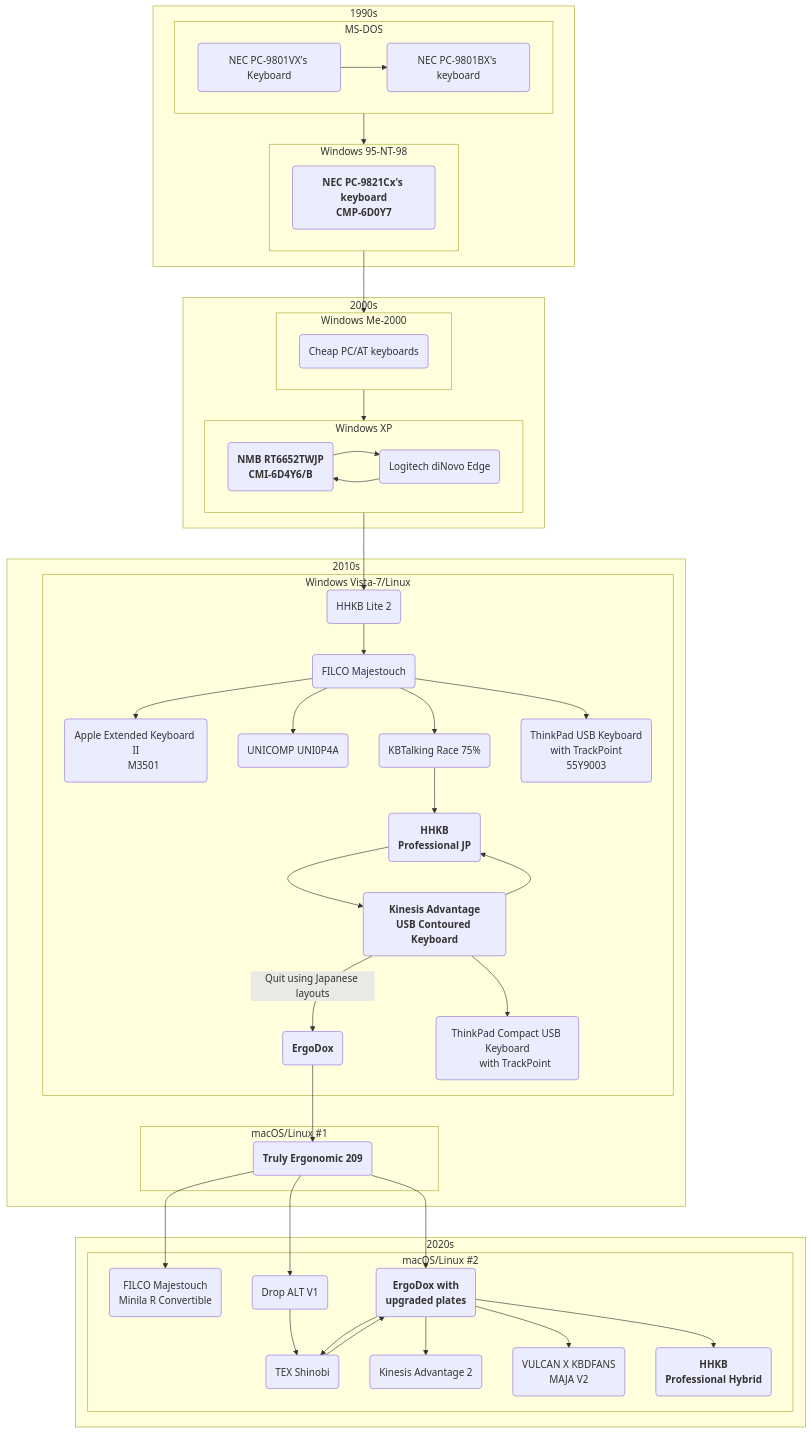
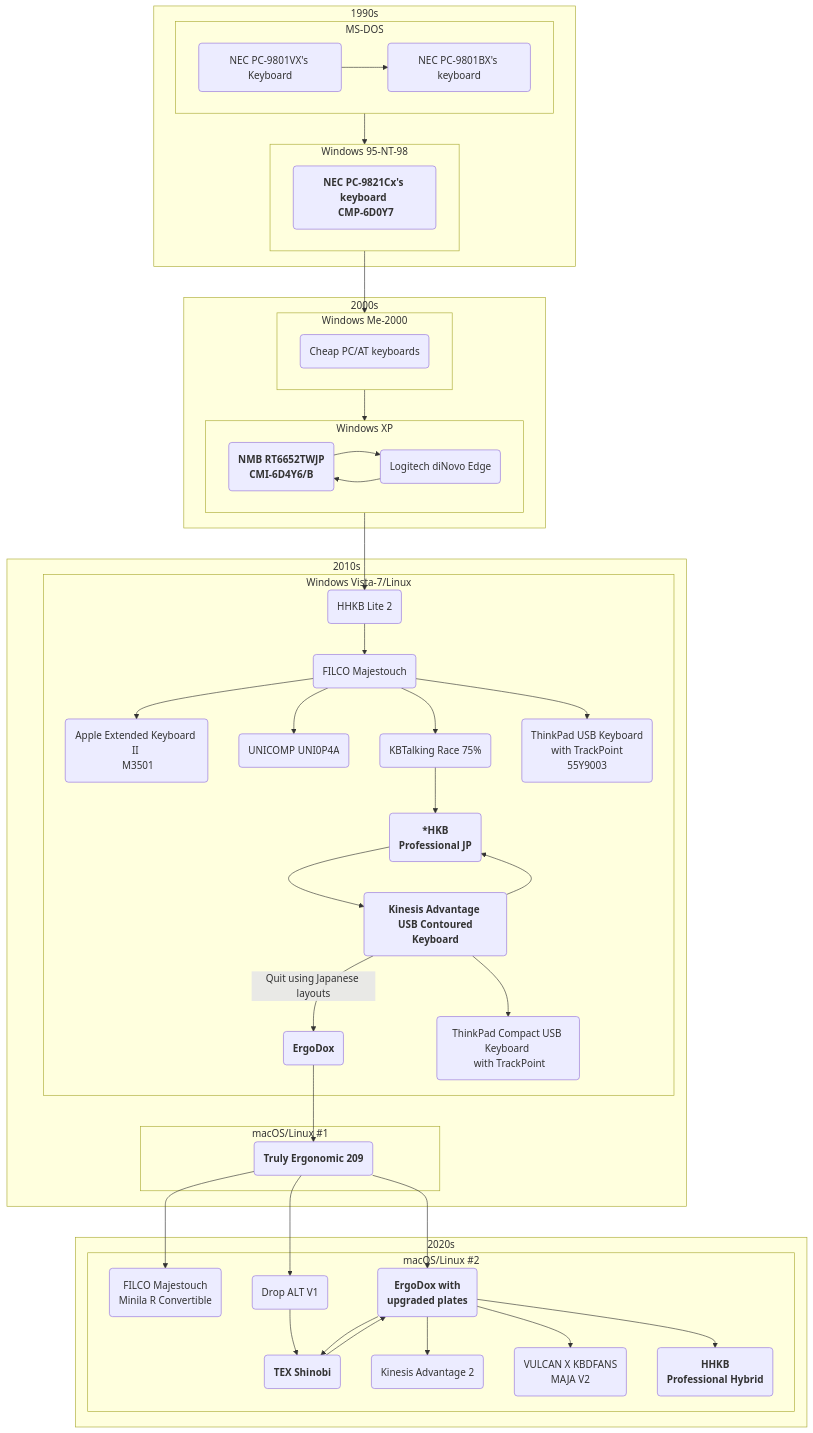
The diagram in hid.md (sumibi-yakitori/sumibi-yakitori), drawn with Mermaid before and after one commit.

````diff
--- a/hid.md
+++ b/hid.md
@@ -18,78 +18,66 @@
 ```mermaid
 flowchart TB
   subgraph 1990s
     subgraph MS-DOS
       direction LR
 
       pc9801vx(NEC PC-9801VX's Keyboard)-->pc9801bx(NEC PC-9801BX's keyboard)
     end
     
     subgraph Windows 95-NT-98
       direction LR
 
-      pc9801bx-->pc9821cx13("`**NEC PC-9821Cx's keyboard
-      CMP-6D0Y7**`")
+      pc9801bx-->pc9821cx13("<strong>NEC PC-9821Cx's keyboard <br> CMP-6D0Y7</strong>")
     end
   end
   
   subgraph 2000s
     subgraph Windows Me-2000
       direction LR
 
       pc9821cx13-->pcat1(Cheap PC/AT keyboards)
     end
     
     subgraph Windows XP
       direction LR
 
       pcat1-->nmb
-      nmb("`**NMB RT6652TWJP
-      CMI-6D4Y6/B**`")-->Logitech(Logitech diNovo Edge)-->nmb
+      nmb("<strong>NMB RT6652TWJP <br> CMI-6D4Y6/B</strong>")-->Logitech(Logitech diNovo Edge)-->nmb
     end
   end
   
   subgraph 2010s
     subgraph Windows Vista-7/Linux
       nmb-->hhkb-lite(HHKB Lite 2)
       hhkb-lite-->filco-m(FILCO Majestouch)
-      filco-m-->ae-kb("Apple Extended Keyboard II
-      M3501")
+      filco-m-->ae-kb("Apple Extended Keyboard II <br> M3501")
       filco-m-->unicomp(UNICOMP UNI0P4A)
       filco-m-->race(KBTalking Race 75%)
-      filco-m-->thinkpad1("ThinkPad USB Keyboard
-      with TrackPoint
-      55Y9003")
-      race-->hhkb-pro-jp("`**HHKB
-      Professional JP**`")
-      hhkb-pro-jp-->kinesis-a("`**Kinesis Advantage
-      USB Contoured Keyboard**`")
+      filco-m-->thinkpad1("ThinkPad USB Keyboard <br> with TrackPoint <br> 55Y9003")
+      race-->hhkb-pro-jp("<strong>*HKB <br> Professional JP</strong>")
+      hhkb-pro-jp-->kinesis-a("<strong>Kinesis Advantage <br> USB Contoured Keyboard</strong>")
       kinesis-a-->hhkb-pro-jp
       kinesis-a-- "`Quit using Japanese layouts`" -->ergodox1("`**ErgoDox**`")
-      kinesis-a-->thinkpad2("ThinkPad Compact USB Keyboard
-      with TrackPoint")
+      kinesis-a-->thinkpad2("ThinkPad Compact USB Keyboard <br> with TrackPoint")
     end
 
     subgraph macOS/Linux #1
       ergodox1-->teck("`**Truly Ergonomic 209**`")
     end
   end
   
 
   subgraph 2020s
     subgraph macOS/Linux #2
-      teck-->filco-minila-r("FILCO Majestouch
-      Minila R Convertible")
-      teck-->ergodox2("`**ErgoDox with
-      upgraded plates**`")
+      teck-->filco-minila-r("FILCO Majestouch <br> Minila R Convertible")
+      teck-->ergodox2("<strong>ErgoDox with <br> upgraded plates</strong>")
       teck-->drop-alt(Drop ALT V1)
       drop-alt-->shinobi
-      ergodox2-->shinobi(TEX Shinobi)
+      ergodox2-->shinobi("`**TEX Shinobi**`")
       shinobi-->ergodox2
       ergodox2-->kinesis-a2(Kinesis Advantage 2)
-      ergodox2-->maja("`VULCAN X KBDFANS
-      MAJA V2`")
-      ergodox2-->hhkb-hybrid("`**HHKB
-      Professional Hybrid**`")
+      ergodox2-->maja("VULCAN X KBDFANS <br> MAJA V2")
+      ergodox2-->hhkb-hybrid("<strong>HHKB <br> Professional Hybrid</strong>")
     end
   end
 ```
````
